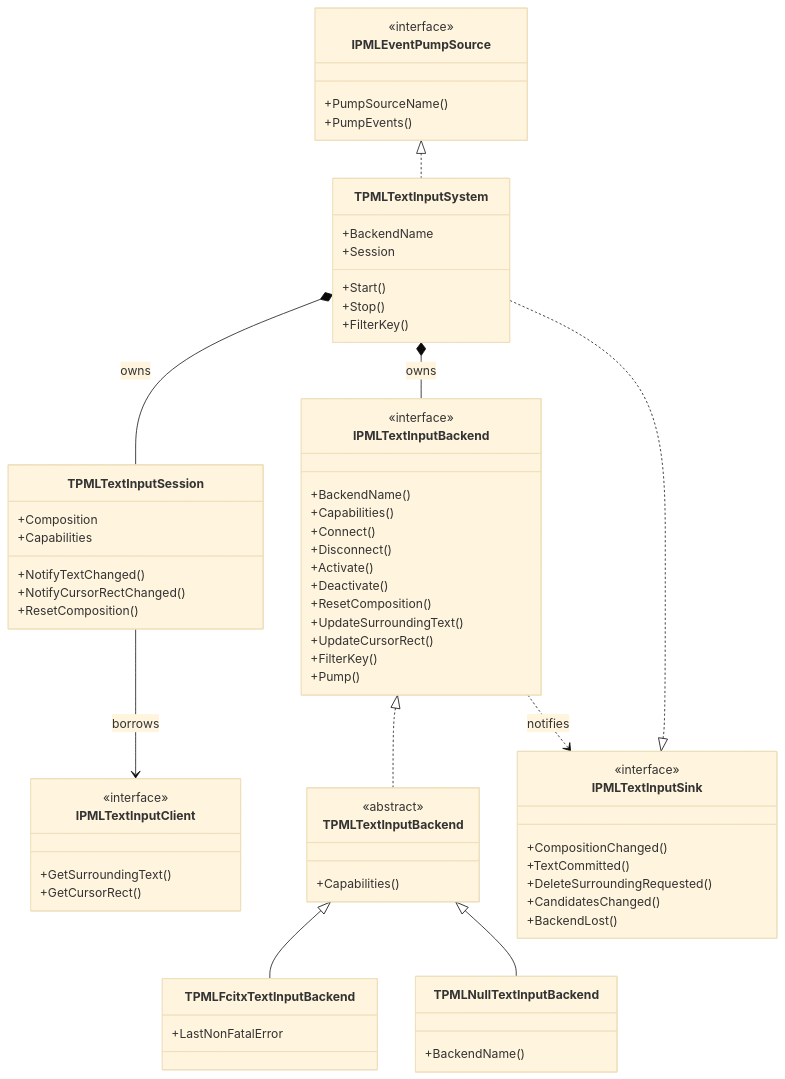
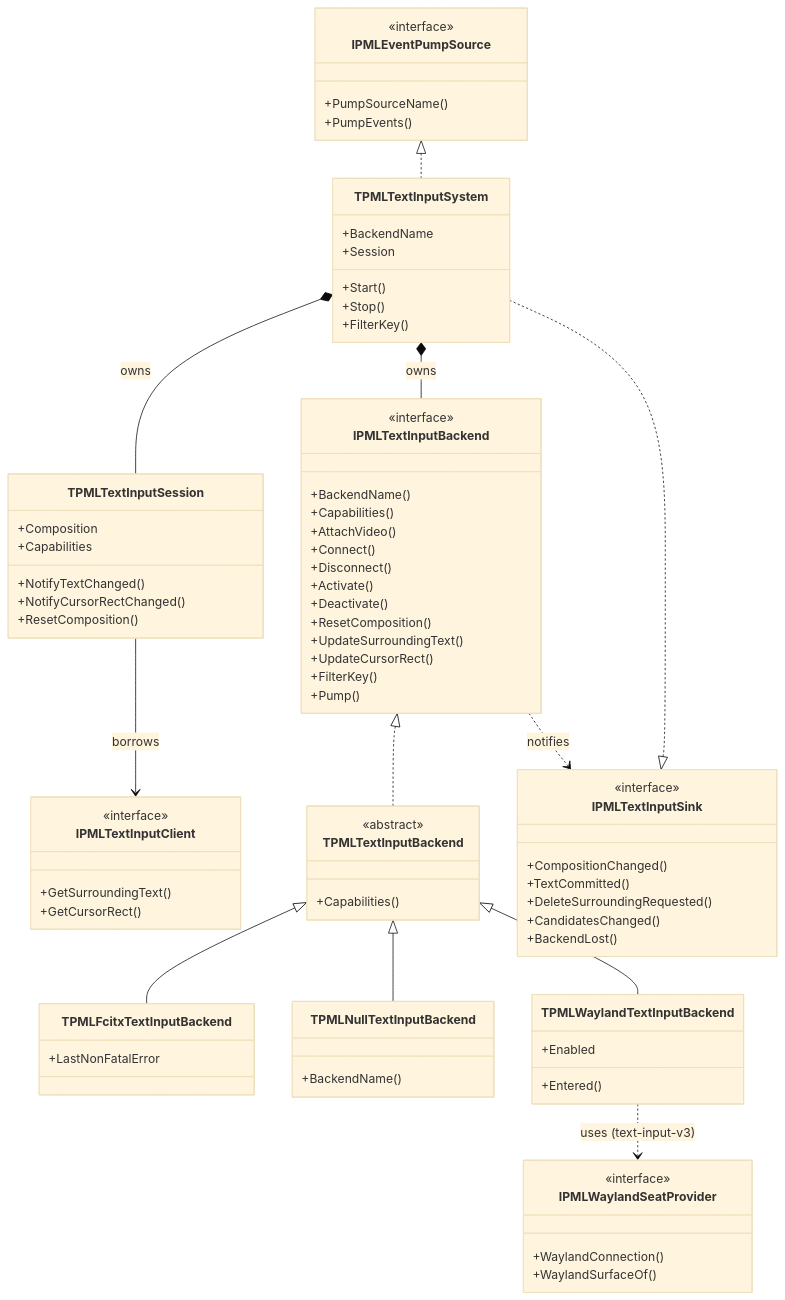
One commit to tankoha/papimela changed the second of 2 diagrams in docs/diagrams/backend-abstraction.md. Above: the diagram before and after it, drawn with Mermaid (base theme). The commit also changed 16 other files, not shown here.

First line of the commit message:
text-input-v3 の IME バックエンド (#49) と、確定の後の周辺テキストを古いまま送る誤り (D-46)

```diff
--- a/docs/diagrams/backend-abstraction.md
+++ b/docs/diagrams/backend-abstraction.md
@@ -219,6 +219,7 @@
         <<interface>>
         +BackendName()
         +Capabilities()
+        +AttachVideo()
         +Connect()
         +Disconnect()
         +Activate()
@@ -239,6 +240,15 @@
     class TPMLNullTextInputBackend {
         +BackendName()
     }
+    class TPMLWaylandTextInputBackend {
+        +Entered()
+        +Enabled
+    }
+    class IPMLWaylandSeatProvider {
+        <<interface>>
+        +WaylandConnection()
+        +WaylandSurfaceOf()
+    }
     class IPMLEventPumpSource {
         <<interface>>
         +PumpSourceName()
@@ -248,6 +258,8 @@
     IPMLTextInputBackend <|.. TPMLTextInputBackend
     TPMLTextInputBackend <|-- TPMLFcitxTextInputBackend
     TPMLTextInputBackend <|-- TPMLNullTextInputBackend
+    TPMLTextInputBackend <|-- TPMLWaylandTextInputBackend
+    TPMLWaylandTextInputBackend ..> IPMLWaylandSeatProvider : uses (text-input-v3)
 
     IPMLTextInputSink <|.. TPMLTextInputSystem
     IPMLEventPumpSource <|.. TPMLTextInputSystem
```
